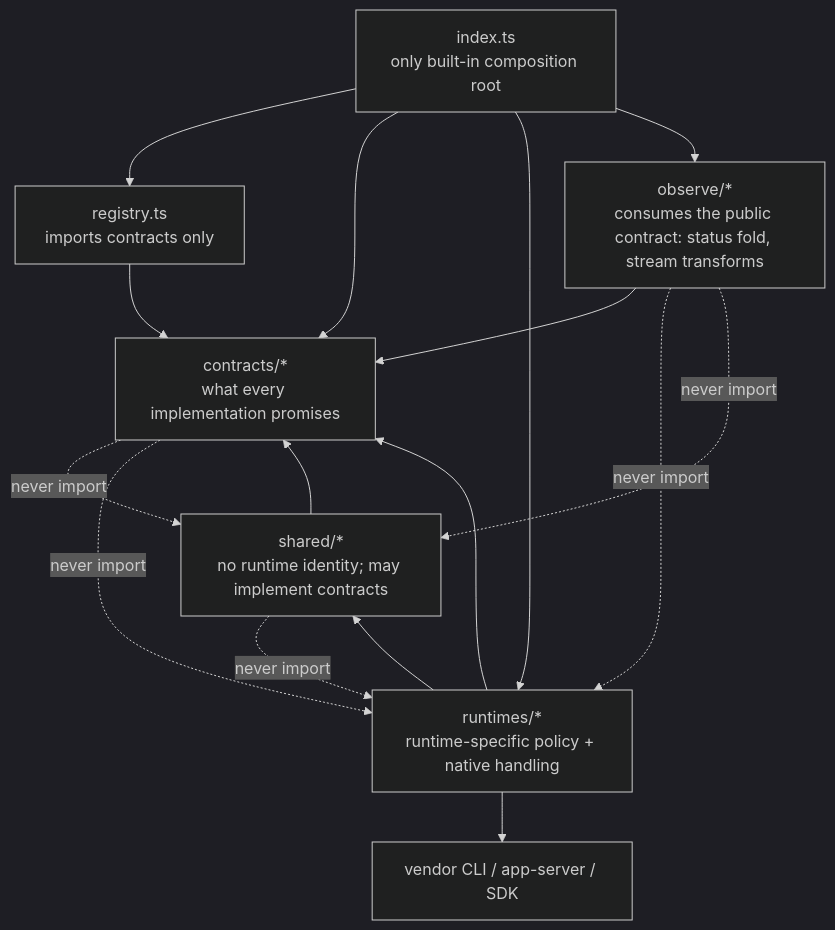
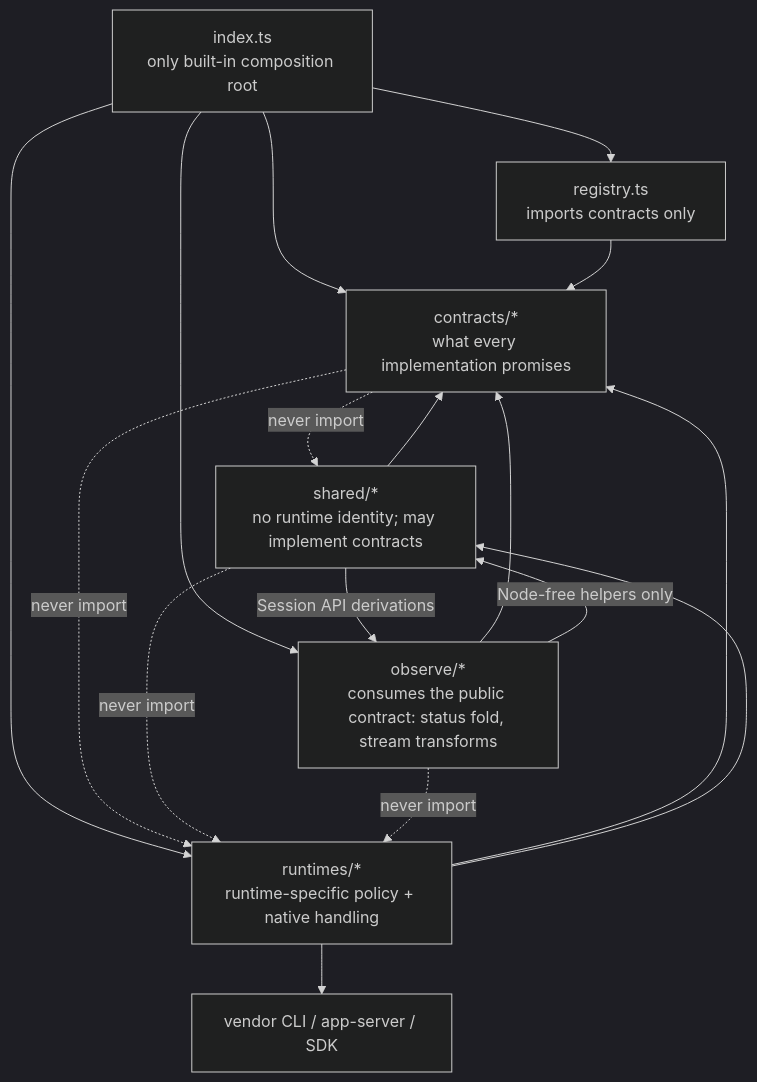
Before and after one commit to botiverse/oar: the diagram in packages/oar/src/README.md, drawn with Mermaid (dark theme). The commit also changed other lines of this file and 14 other files, not shown here.

````diff
--- a/packages/oar/src/README.md
+++ b/packages/oar/src/README.md
@@ -17,27 +21,28 @@
 ```mermaid
 flowchart TB
   Entry[index.ts<br/>only built-in composition root]
   Registry[registry.ts<br/>imports contracts only]
   Contracts[contracts/*<br/>what every implementation promises]
   Runtimes[runtimes/*<br/>runtime-specific policy + native handling]
   Shared[shared/*<br/>no runtime identity; may implement contracts]
   Observe[observe/*<br/>consumes the public contract: status fold, stream transforms]
   Native[vendor CLI / app-server / SDK]
 
   Entry --> Registry
   Entry --> Contracts
   Entry --> Runtimes
   Entry --> Observe
   Registry --> Contracts
   Runtimes --> Contracts
   Runtimes --> Shared
   Runtimes --> Native
   Shared --> Contracts
+  Shared -- Session API derivations --> Observe
   Observe --> Contracts
+  Observe -- Node-free helpers only --> Shared
 
   Contracts -. never import .-> Shared
   Contracts -. never import .-> Runtimes
   Shared -. never import .-> Runtimes
   Observe -. never import .-> Runtimes
-  Observe -. never import .-> Shared
 ```
````
